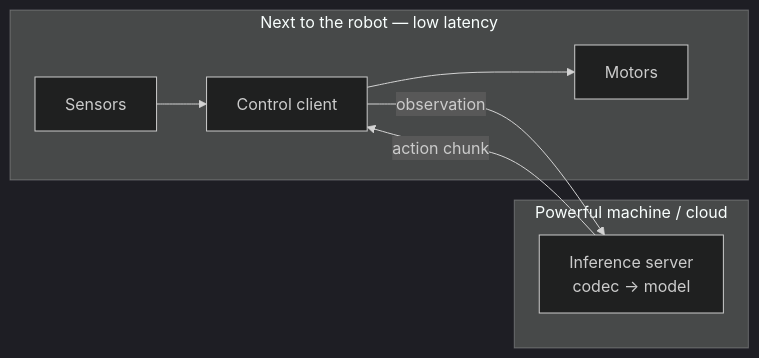
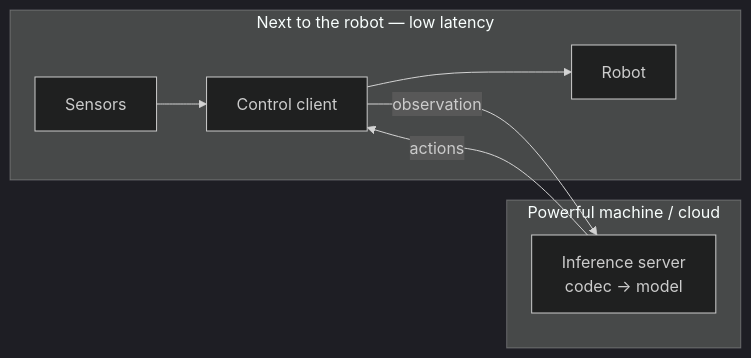
The first of 2 diagrams in docs/connect-your-model.md (Positronic-Robotics/positronic), drawn with Mermaid (dark theme) before and after one commit. The commit also changed other lines of this file and 1 other file, not shown here.

````diff
--- a/docs/connect-your-model.md
+++ b/docs/connect-your-model.md
@@ -47,12 +47,12 @@
 ```mermaid
 flowchart LR
     subgraph near["Next to the robot — low latency"]
         sensors[Sensors] --> client[Control client]
-        client --> motors[Motors]
+        client --> robot[Robot]
     end
     subgraph far["Powerful machine / cloud"]
         server["Inference server<br/>codec → model"]
     end
     client -- "observation" --> server
-    server -- "action chunk" --> client
+    server -- "actions" --> client
 ```
````
